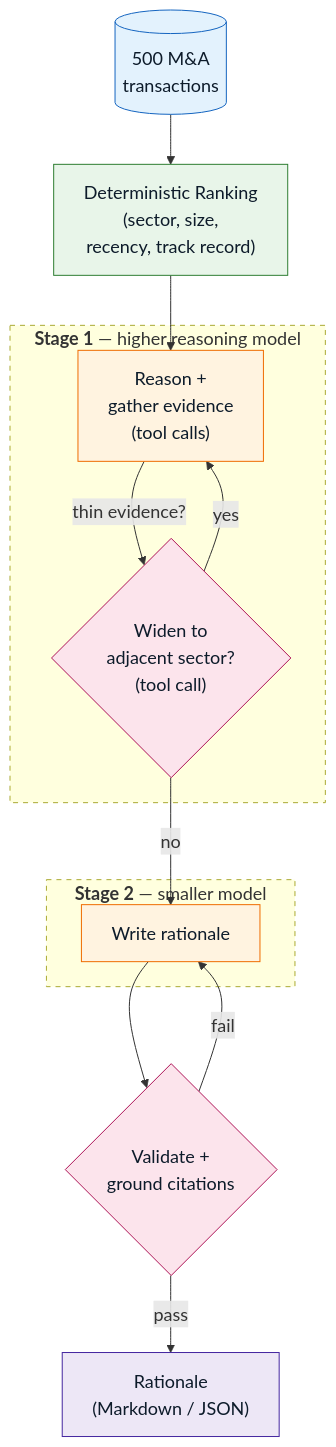
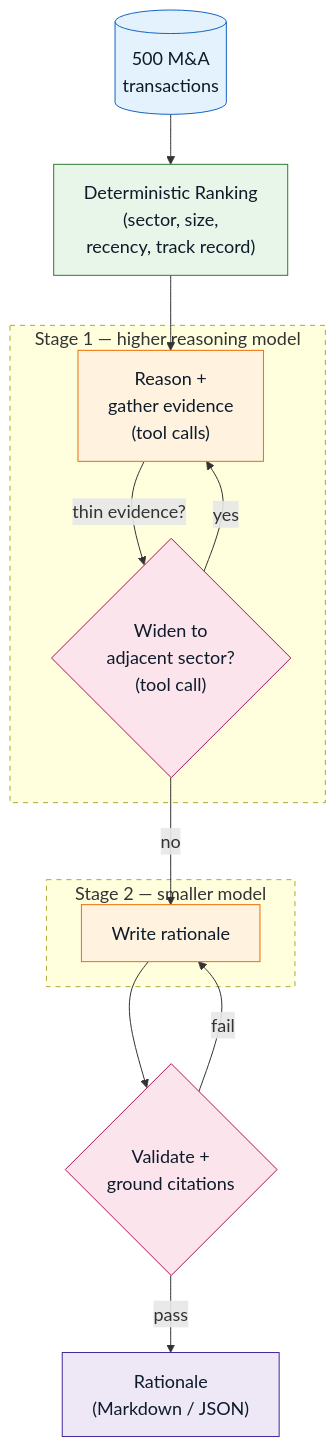
The first of 2 diagrams in README.md (pnkjsyngh/ma-acquirer-identification-engine), drawn with Mermaid before and after one commit.

Commit message:
fix: drop mermaid markdown-string label syntax, breaks GitHub's renderer
GitHub's bundled mermaid version failed with "Cannot read properties of
undefined (reading 'render')" on the backtick-wrapped bold subgraph titles
(`["`**Stage 1**`"]`) -- a newer mermaid feature the Artifact preview
supported but GitHub's renderer doesn't. Dropped bold, kept plain text titles.

````diff
--- a/README.md
+++ b/README.md
@@ -101,34 +101,34 @@
 ```mermaid
 %%{init: {'themeVariables': {'fontSize': '18px'}}}%%
 flowchart TB
     CSV[("500 M&A\ntransactions")] --> RANK["Deterministic Ranking\n(sector, size,\nrecency, track record)"]
     RANK --> S1
 
-    subgraph STAGE1["`**Stage 1** — higher reasoning model`"]
+    subgraph STAGE1["Stage 1 — higher reasoning model"]
         S1["Reason +\ngather evidence\n(tool calls)"] -->|thin evidence?| W{"Widen to\nadjacent sector?\n(tool call)"}
         W -->|yes| S1
     end
-    subgraph STAGE2["`**Stage 2** — smaller model`"]
+    subgraph STAGE2["Stage 2 — smaller model"]
         S2["Write rationale"]
     end
     W -->|no| S2
 
     S2 --> VAL{Validate +\nground citations}
     VAL -->|fail| S2
     VAL -->|pass| OUT["Rationale\n(Markdown / JSON)"]
 
     classDef dataNode fill:#e3f2fd,stroke:#1565c0,color:#0d1b2a
     classDef deterministicNode fill:#e8f5e9,stroke:#2e7d32,color:#0d1b2a
     classDef llmNode fill:#fff3e0,stroke:#ef6c00,color:#0d1b2a
     classDef gateNode fill:#fce4ec,stroke:#ad1457,color:#0d1b2a
     classDef outputNode fill:#ede7f6,stroke:#4527a0,color:#0d1b2a
 
     class CSV dataNode
     class RANK deterministicNode
     class S1,S2 llmNode
     class W,VAL gateNode
     class OUT outputNode
 
     style STAGE1 stroke-dasharray: 5 5
     style STAGE2 stroke-dasharray: 5 5
 ```
````
